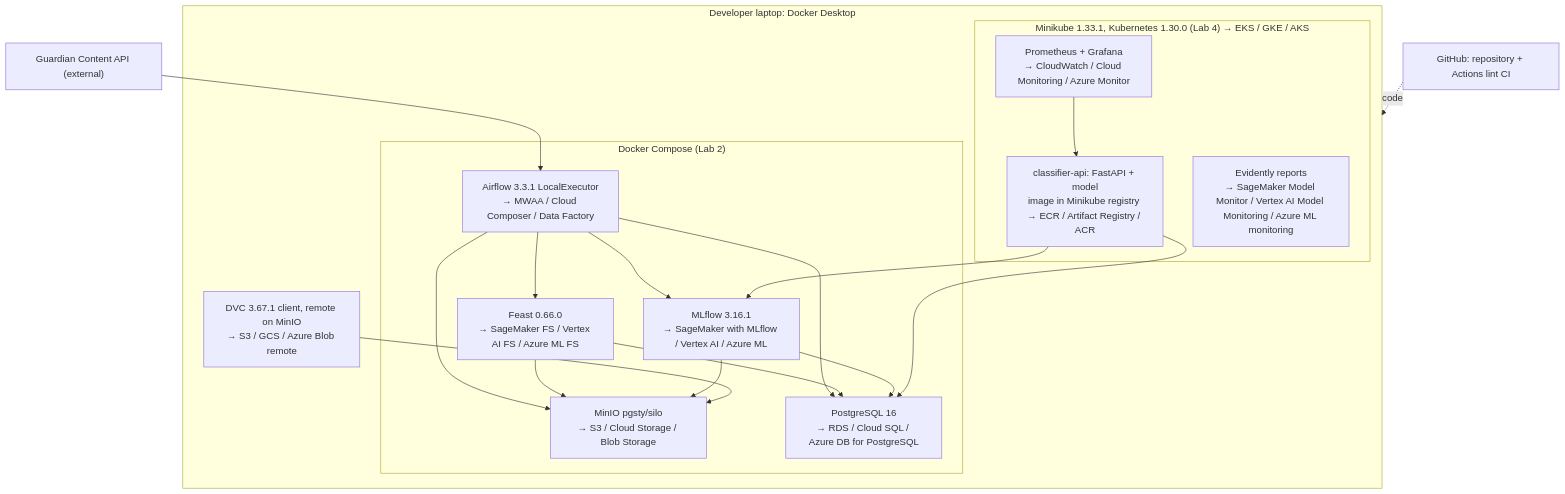
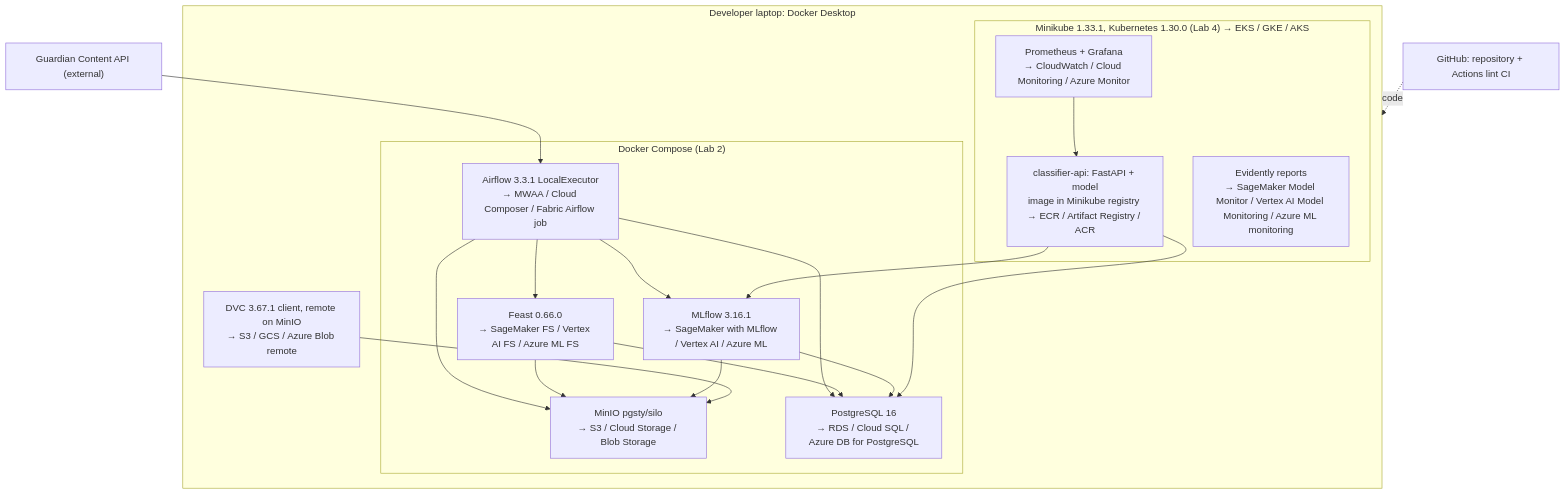
The third of 3 diagrams in docs/design.md (anechytailenko/mlops_course_repo), drawn with Mermaid before and after one commit. The commit also changed other lines of this file and 7 other files, not shown here.

````diff
--- a/docs/design.md
+++ b/docs/design.md
@@ -328,34 +366,34 @@
 ```mermaid
 flowchart TB
   subgraph DEV["Developer laptop: Docker Desktop"]
     subgraph COMPOSE["Docker Compose (Lab 2)"]
       MINIO["MinIO pgsty/silo<br/>→ S3 / Cloud Storage / Blob Storage"]
       PG["PostgreSQL 16<br/>→ RDS / Cloud SQL / Azure DB for PostgreSQL"]
-      AF["Airflow 3.3.1 LocalExecutor<br/>→ MWAA / Cloud Composer / Data Factory"]
+      AF["Airflow 3.3.1 LocalExecutor<br/>→ MWAA / Cloud Composer / Fabric Airflow job"]
       MLF["MLflow 3.16.1<br/>→ SageMaker with MLflow / Vertex AI / Azure ML"]
       FEAST["Feast 0.66.0<br/>→ SageMaker FS / Vertex AI FS / Azure ML FS"]
     end
     subgraph MK["Minikube 1.33.1, Kubernetes 1.30.0 (Lab 4) → EKS / GKE / AKS"]
       CAPI["classifier-api: FastAPI + model<br/>image in Minikube registry → ECR / Artifact Registry / ACR"]
       MONS["Prometheus + Grafana<br/>→ CloudWatch / Cloud Monitoring / Azure Monitor"]
       EVI["Evidently reports<br/>→ SageMaker Model Monitor / Vertex AI Model Monitoring / Azure ML monitoring"]
     end
     DVCC["DVC 3.67.1 client, remote on MinIO<br/>→ S3 / GCS / Azure Blob remote"]
   end
   GH["GitHub: repository + Actions lint CI"]
   GAPI2["Guardian Content API (external)"]
   GAPI2 --> AF
   AF --> MINIO
   AF --> PG
   AF --> MLF
   AF --> FEAST
   FEAST --> PG
   FEAST --> MINIO
   MLF --> PG
   MLF --> MINIO
   DVCC --> MINIO
   CAPI --> PG
   CAPI --> MLF
   MONS --> CAPI
   GH -.->|"code"| DEV
 ```
````
